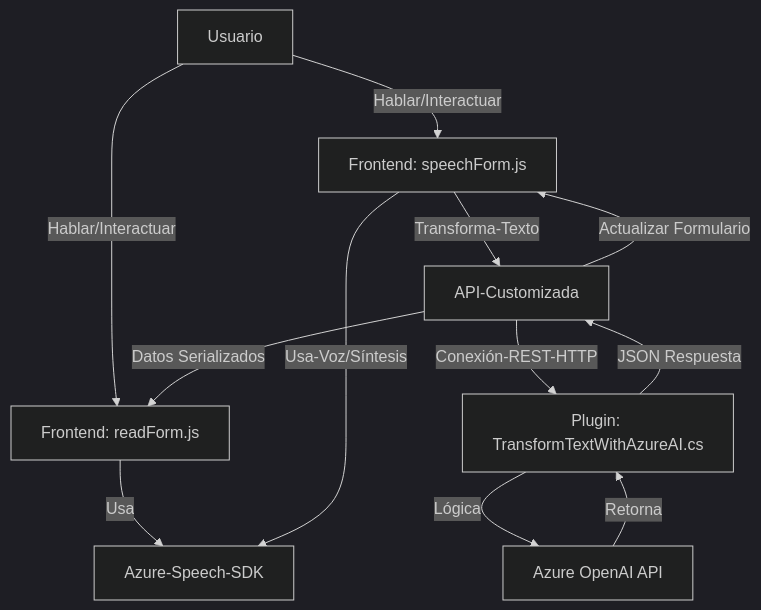
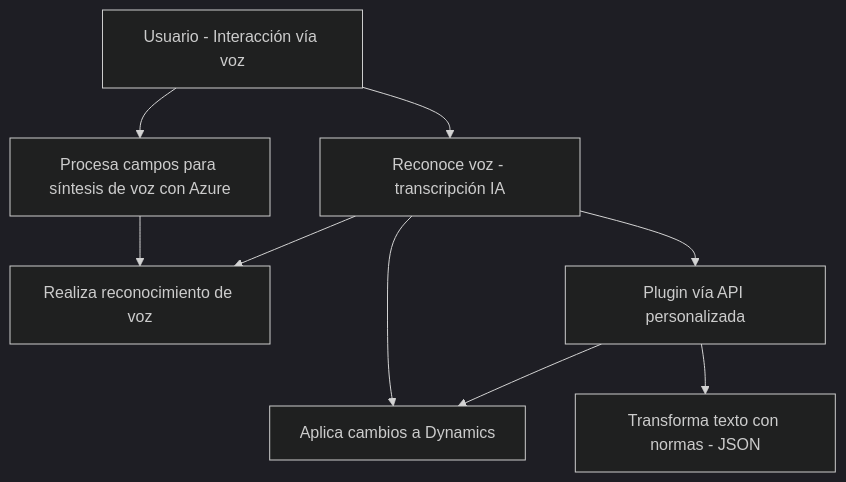
The diagram in README.md (blopezdm/NETCORE_BILBAO2025), drawn with Mermaid (dark theme) before and after one commit. The commit also changed other lines of this file, not shown here.

Commit message:
Actualizar análisis global de la solución con IA

````diff
--- a/README.md
+++ b/README.md
@@ -39,17 +44,19 @@
 ```mermaid
 graph TD
-    A["Usuario"] -->|Hablar/Interactuar| B["Frontend: readForm.js"]
-    A -->|Hablar/Interactuar| C["Frontend: speechForm.js"]
+    A["Usuario - Interacción vía voz"]
+    B["Frontend - JS: readForm.js"]
+    C["Frontend - JS: speechForm.js"]
+    D["Azure Speech SDK"]
+    E["Backend - Plugin: TransformTextWithAzureAI.cs"]
+    F["Azure OpenAI API"]
+    G["Dynamics 365: Formulario"]
 
-    B -->|Usa| D["Azure-Speech-SDK"]
-    C -->|Usa-Voz/Síntesis| D["Azure-Speech-SDK"]
-    C -->|Transforma-Texto| E["API-Customizada"]
-
-    E -->|Conexión-REST-HTTP| F["Plugin: TransformTextWithAzureAI.cs"]
-    F -->|Lógica| G["Azure OpenAI API"]
-
-    G -->|Retorna| F
-    F -->|JSON Respuesta| E
-    E -->|Actualizar Formulario| C
-    E -->|Datos Serializados| B
+    A --> B["Procesa campos para síntesis de voz con Azure"]
+    B --> D["Realiza síntesis de voz"]
+    A --> C["Reconoce voz - transcripción IA"]
+    C --> D["Realiza reconocimiento de voz"]
+    C --> G["Rellena formulario automatizado"]
+    C --> E["Plugin vía API personalizada"]
+    E --> F["Transforma texto con normas - JSON"]
+    E --> G["Aplica cambios a Dynamics"]
 ```
````
